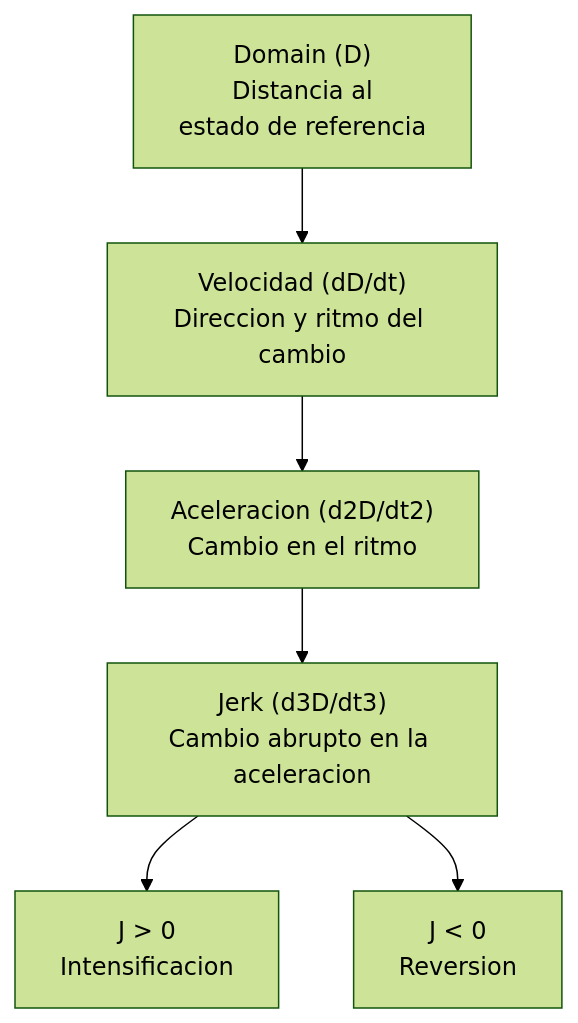
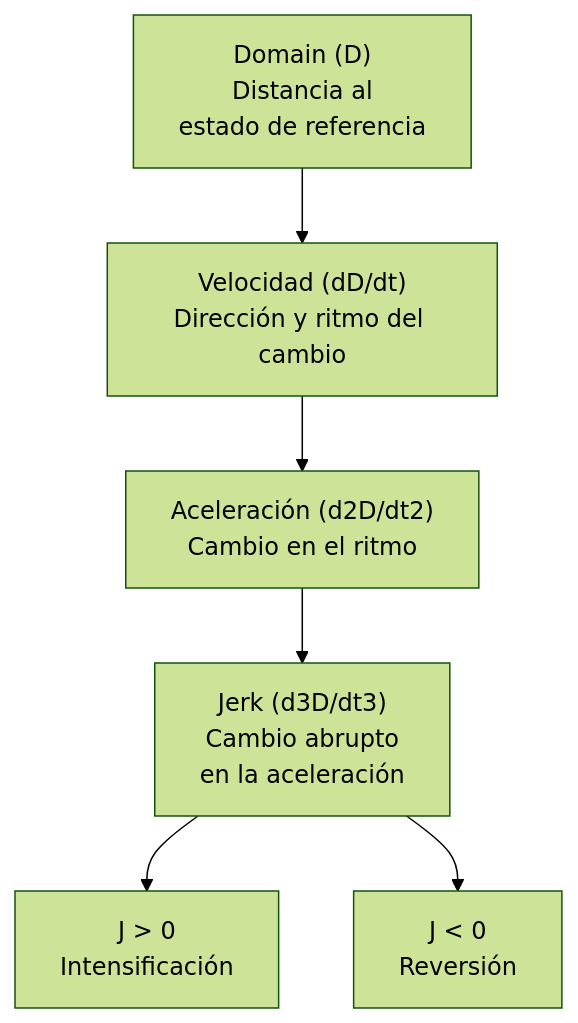
The first of 3 diagrams in jerk.qmd (CIT-UAI/Book-MRCT), drawn with Mermaid (forest theme) before and after one commit. The commit also changed other lines of this file and 2 other files, not shown here.

Commit message:
fix diagrams jerk

````diff
--- a/jerk.qmd
+++ b/jerk.qmd
@@ -41,10 +41,10 @@
 ```{mermaid}
 %%| label: fig-derivadas-jerk
 %%| fig-cap: "Derivadas temporales usadas para interpretar cambios abruptos en la trayectoria ecosistémica."
 flowchart TB
-  D["Domain (D)<br/>Distancia al <br/>estado de referencia"] --> V["Velocidad (dD/dt)<br/>Direccion y ritmo del cambio"]
-  V --> A["Aceleracion (d2D/dt2)<br/>Cambio en el ritmo"]
-  A --> J["Jerk (d3D/dt3)<br/>Cambio abrupto en la aceleracion"]
-  J --> I["J > 0<br/>Intensificacion"]
-  J --> R["J < 0<br/>Reversion"]
+  D["Domain (D)<br/>Distancia al <br/>estado de referencia"] --> V["Velocidad (dD/dt)<br/>Dirección y ritmo del cambio"]
+  V --> A["Aceleración (d2D/dt2)<br/>Cambio en el ritmo"]
+  A --> J["Jerk (d3D/dt3)<br/>Cambio abrupto <br/>en la aceleración"]
+  J --> I["J > 0<br/>Intensificación"]
+  J --> R["J < 0<br/>Reversión"]
 ```
````
